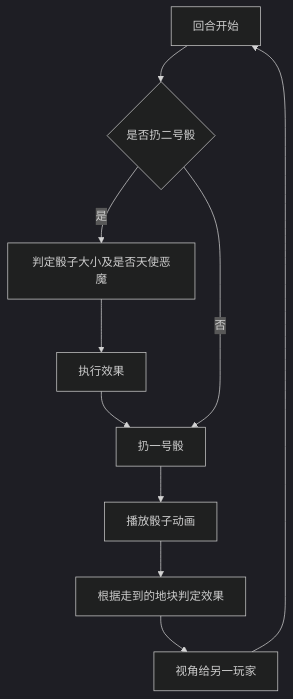
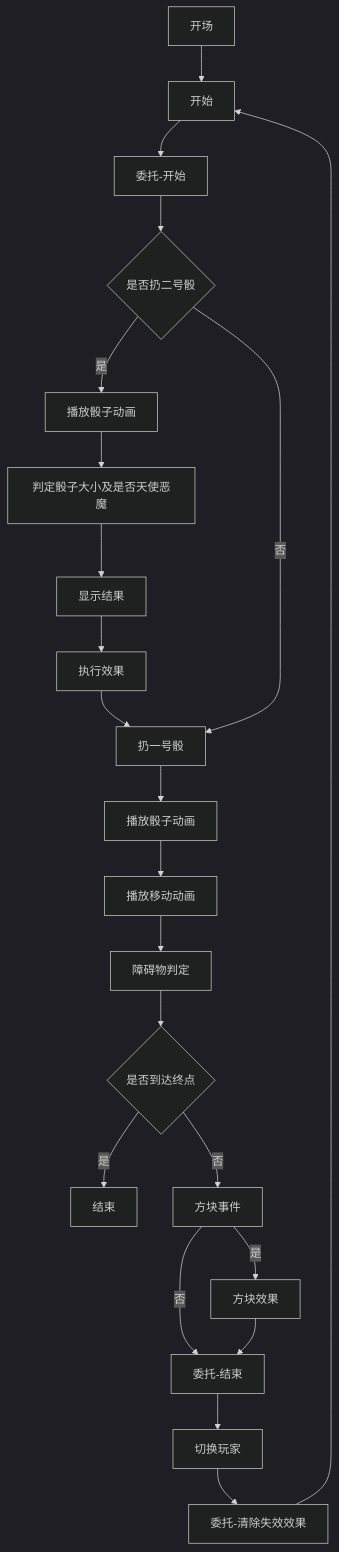
One commit to WisteFinch/RollToFinal changed the diagram in Doc/outline.md. Above: the diagram before and after it, drawn with Mermaid (dark theme). The commit also changed 24 other files, not shown here.

````diff
--- a/Doc/outline.md
+++ b/Doc/outline.md
@@ -13,12 +13,24 @@
 ```mermaid
 flowchart TD
-    A[回合开始] --> B{是否扔二号骰}
-    B -->|是| C[判定骰子大小及是否天使恶魔]
-    C -->D[执行效果]
-    D -->F[扔一号骰]
-    F -->G[播放骰子动画]
-    G -->H[根据走到的地块判定效果]
-    B -->|否|F
-    H -->I[视角给另一玩家]
-    I -->A
+	OPENING[开场] --> START[开始]
+	START --> D_START[委托-开始]
+	D_START --> SPECIAL{是否扔二号骰}
+	SPECIAL --> |是| S_A[播放骰子动画]
+	S_A --> S_JDG[判定骰子大小及是否天使恶魔]
+	S_JDG --> S_SHOW[显示结果]
+	S_SHOW --> S_EFF[执行效果]
+	S_EFF --> ROLL[扔一号骰]
+    SPECIAL -->|否|ROLL
+    ROLL --> ROLL_A[播放骰子动画]
+    ROLL_A --> MOVE[播放移动动画]
+    MOVE --> BARRIER[障碍物判定]
+    BARRIER --> ENDLINE{是否到达终点}
+    ENDLINE --> |是| END[结束]
+    ENDLINE --> |否| EV_JDG[方块事件]
+    EV_JDG --> |是| EV_EFF[方块效果]
+    EV_JDG --> |否| D_END[委托-结束]
+    EV_EFF --> D_END
+    D_END --> SWITCH[切换玩家]
+    SWITCH --> D_CLEAN[委托-清除失效效果]
+    D_CLEAN --> START
 ```
````
